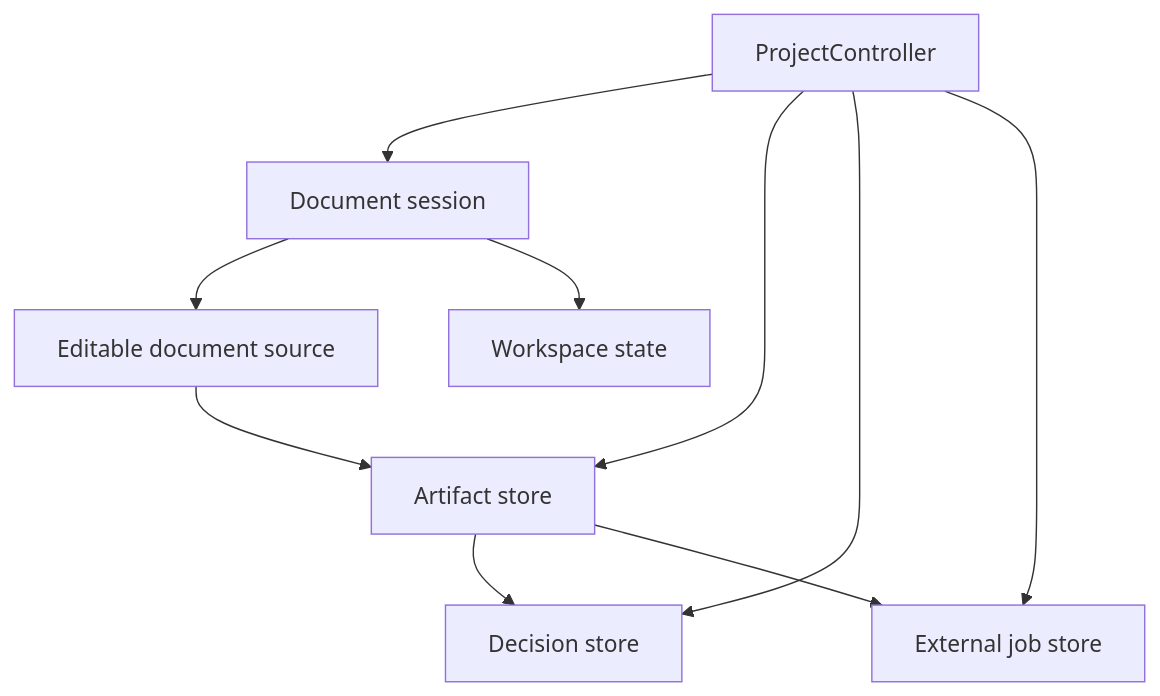
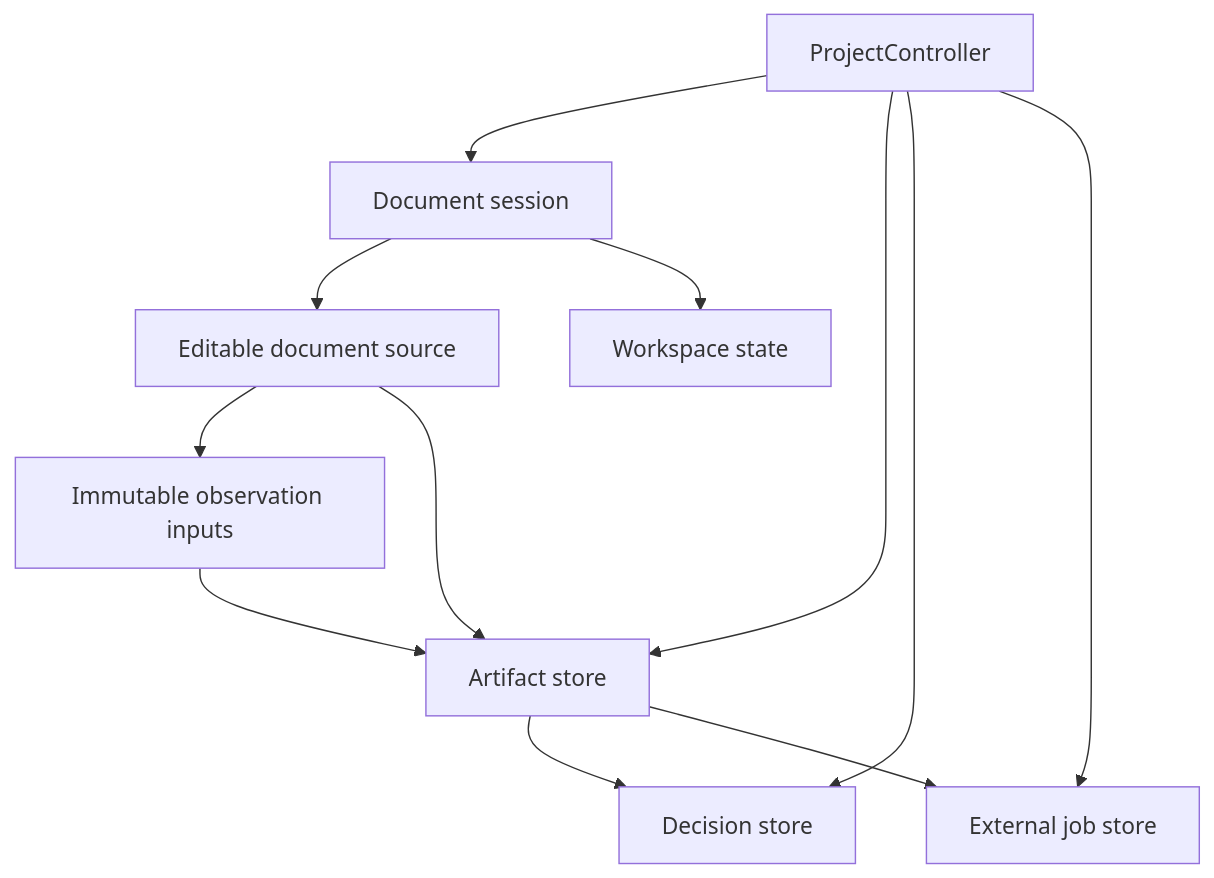
The first of 2 diagrams in Rupa/STATE_AND_PROJECT_CONTRACT.md (1amageek/Rupa), drawn with Mermaid before and after one commit. The commit also changed other lines of this file and 18 other files, not shown here.

````diff
--- a/Rupa/STATE_AND_PROJECT_CONTRACT.md
+++ b/Rupa/STATE_AND_PROJECT_CONTRACT.md
@@ -16,13 +16,15 @@
 ```mermaid
 flowchart TD
     Project["ProjectController"] --> Session["Document session"]
     Project --> Artifacts["Artifact store"]
     Project --> Decisions["Decision store"]
     Project --> Jobs["External job store"]
 
     Session --> Source["Editable document source"]
+    Source --> Inputs["Immutable observation inputs"]
     Session --> Workspace["Workspace state"]
     Source --> Artifacts
+    Inputs --> Artifacts
     Artifacts --> Decisions
     Artifacts --> Jobs
 ```
````
